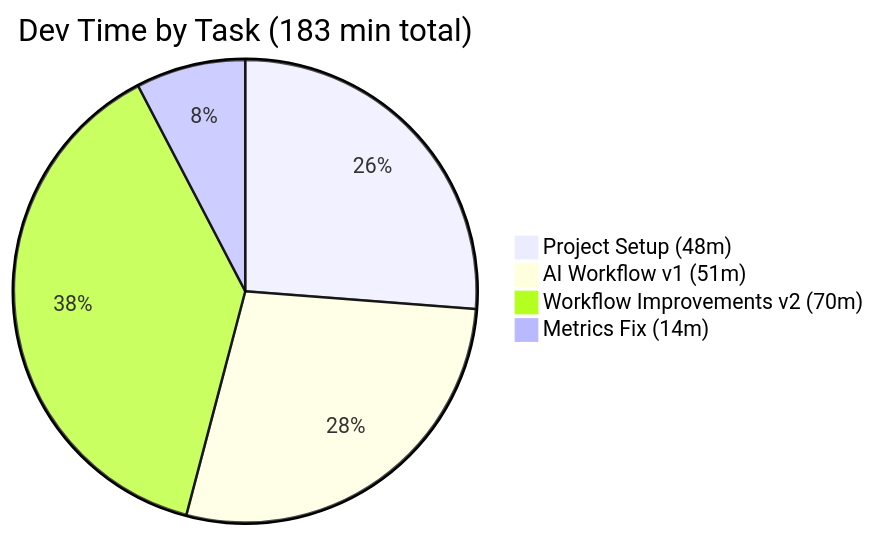
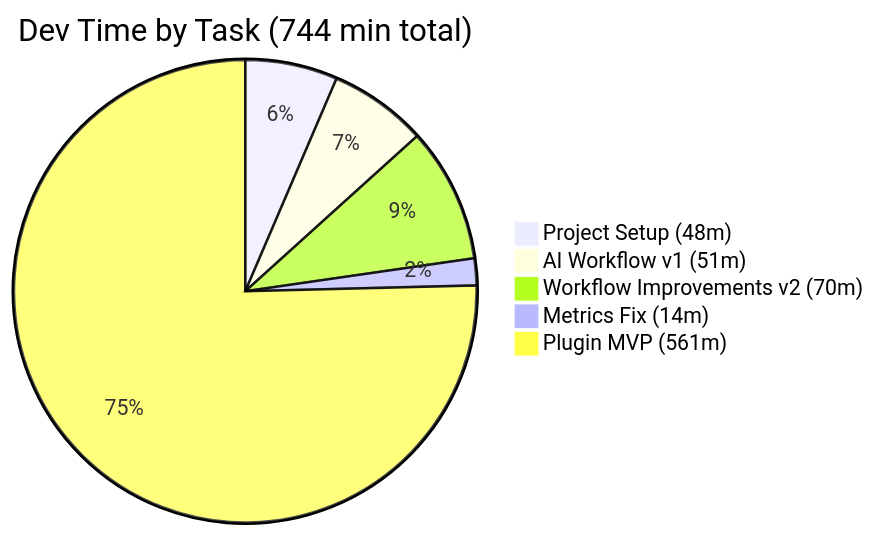
The first of 7 diagrams in README.md (atlantdak/claude-code-hackathon-xbo-market-kit), drawn with Mermaid before and after one commit. The commit also changed other lines of this file, not shown here.

First line of the commit message:
docs: update README with Day 2 metrics and MVP status

````diff
--- a/README.md
+++ b/README.md
@@ -57,7 +57,8 @@
 ```mermaid
-pie title Dev Time by Task (183 min total)
+pie title Dev Time by Task (744 min total)
     "Project Setup (48m)" : 48
     "AI Workflow v1 (51m)" : 51
     "Workflow Improvements v2 (70m)" : 70
     "Metrics Fix (14m)" : 14
+    "Plugin MVP (561m)" : 561
 ```
````
